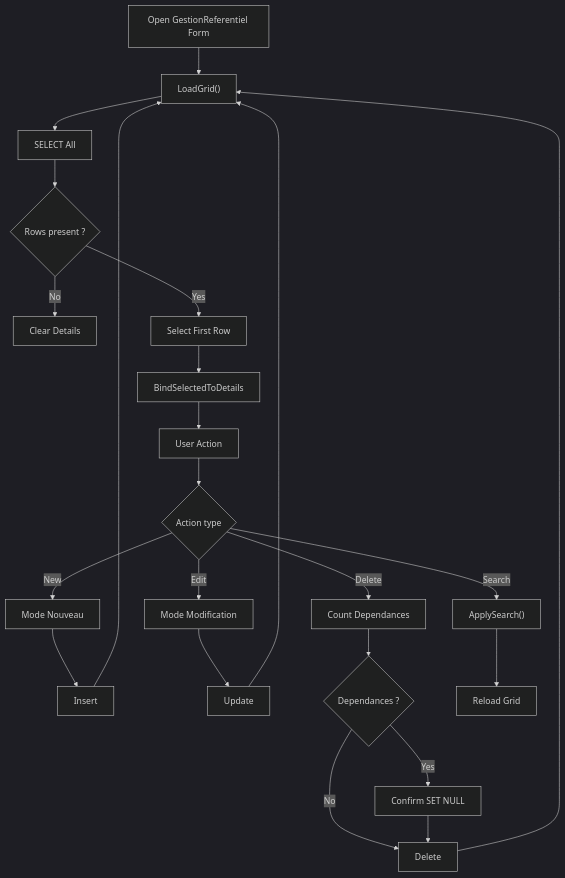
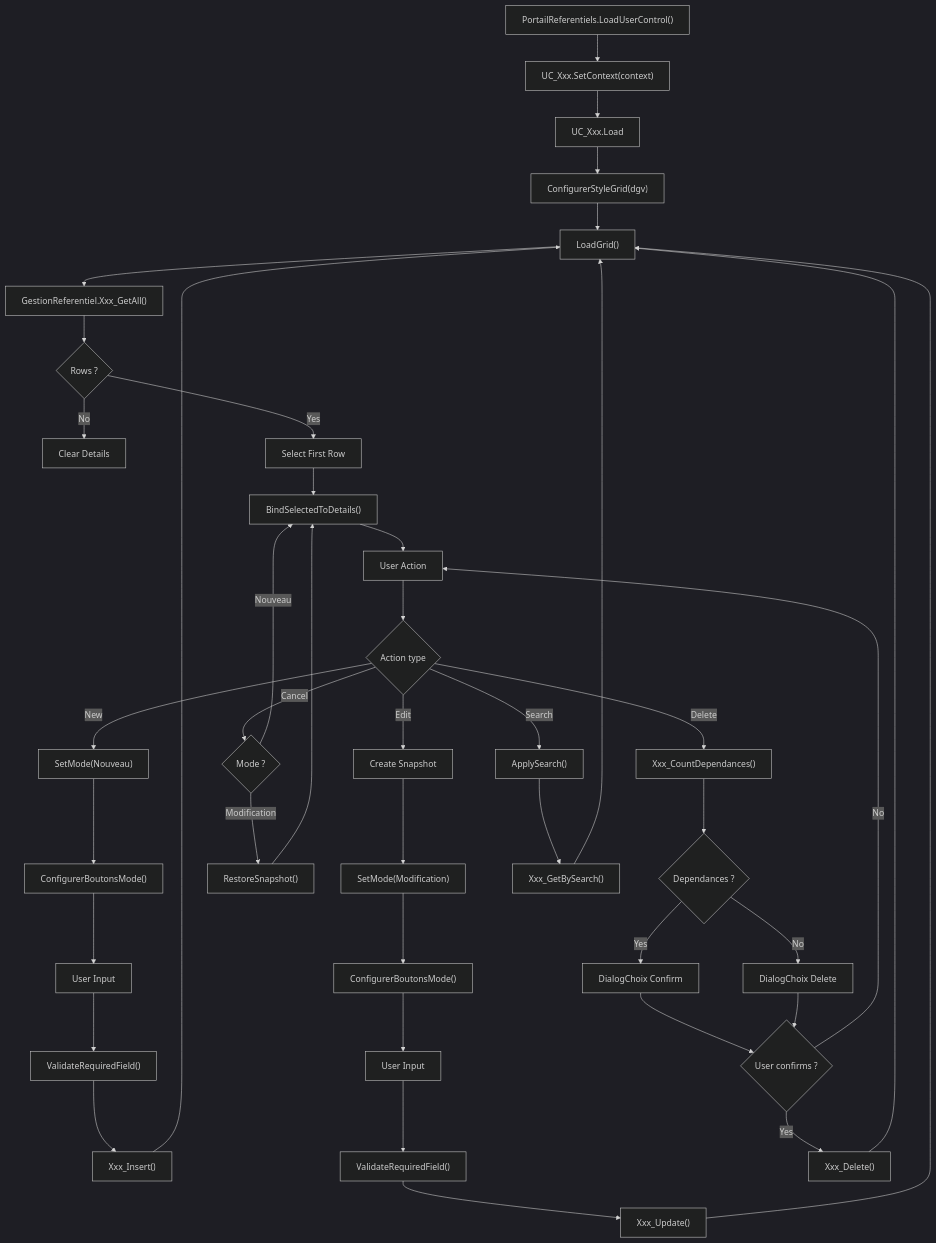
One commit to Les-Artefacts-de-Manou/Artefact changed the third of 7 diagrams in Docs/Process_Artefact.md. Above: the diagram before and after it, drawn with Mermaid (dark theme). The commit also changed other lines of this file and 211 other files, not shown here.

````diff
--- a/Docs/Process_Artefact.md
+++ b/Docs/Process_Artefact.md
@@ -622,36 +691,50 @@
 ```mermaid
 flowchart TD
-A["Open GestionReferentiel Form"] --> B["LoadGrid()"]
-B --> C["SELECT All"]
+A["PortailReferentiels.LoadUserControl<UC_Xxx>()"] --> B["UC_Xxx.SetContext(context)"]
+B --> C["UC_Xxx.Load"]
+C --> D["ConfigurerStyleGrid(dgv)"]
+D --> E["LoadGrid()"]
+E --> F["GestionReferentiel.Xxx_GetAll()"]
 
-C --> D{"Rows present ?"}
-D -- No --> E["Clear Details"]
-D -- Yes --> F["Select First Row"]
+F --> G{"Rows ?"}
+G -- No --> H["Clear Details"]
+G -- Yes --> I["Select First Row"]
+I --> J["BindSelectedToDetails()"]
 
-F --> G["BindSelectedToDetails"]
+J --> K["User Action"]
+K --> L{Action type}
 
-G --> H["User Action"]
+L -- New --> M["SetMode(Nouveau)"]
+M --> N["ConfigurerBoutonsMode()"]
+N --> O["User Input"]
+O --> P["ValidateRequiredField()"]
+P --> Q["Xxx_Insert()"]
+Q --> E
 
-H --> I{Action type}
+L -- Edit --> R["Create Snapshot"]
+R --> S["SetMode(Modification)"]
+S --> T["ConfigurerBoutonsMode()"]
+T --> U["User Input"]
+U --> V["ValidateRequiredField()"]
+V --> W["Xxx_Update()"]
+W --> E
 
-I -- New --> J["Mode Nouveau"]
-J --> K["Insert"]
-K --> B
+L -- Cancel --> X{"Mode ?"}
+X -- Nouveau --> J
+X -- Modification --> Y["RestoreSnapshot()"]
+Y --> J
 
-I -- Edit --> L["Mode Modification"]
-L --> M["Update"]
-M --> B
+L -- Delete --> Z["Xxx_CountDependances()"]
+Z --> AA{"Dependances ?"}
+AA -- Yes --> AB["DialogChoix Confirm"]
+AA -- No --> AC["DialogChoix Delete"]
+AB --> AD{"User confirms ?"}
+AC --> AD
+AD -- Yes --> AE["Xxx_Delete()"]
+AD -- No --> K
+AE --> E
 
-I -- Delete --> N["Count Dependances"]
-N --> O{"Dependances ?"}
-
-O -- Yes --> P["Confirm SET NULL"]
-O -- No --> Q["Delete"]
-
-P --> Q
-Q --> B
-
-I -- Search --> R["ApplySearch()"]
-R --> S["Reload Grid"]
-
+L -- Search --> AF["ApplySearch()"]
+AF --> AG["Xxx_GetBySearch()"]
+AG --> E
 ```
````
